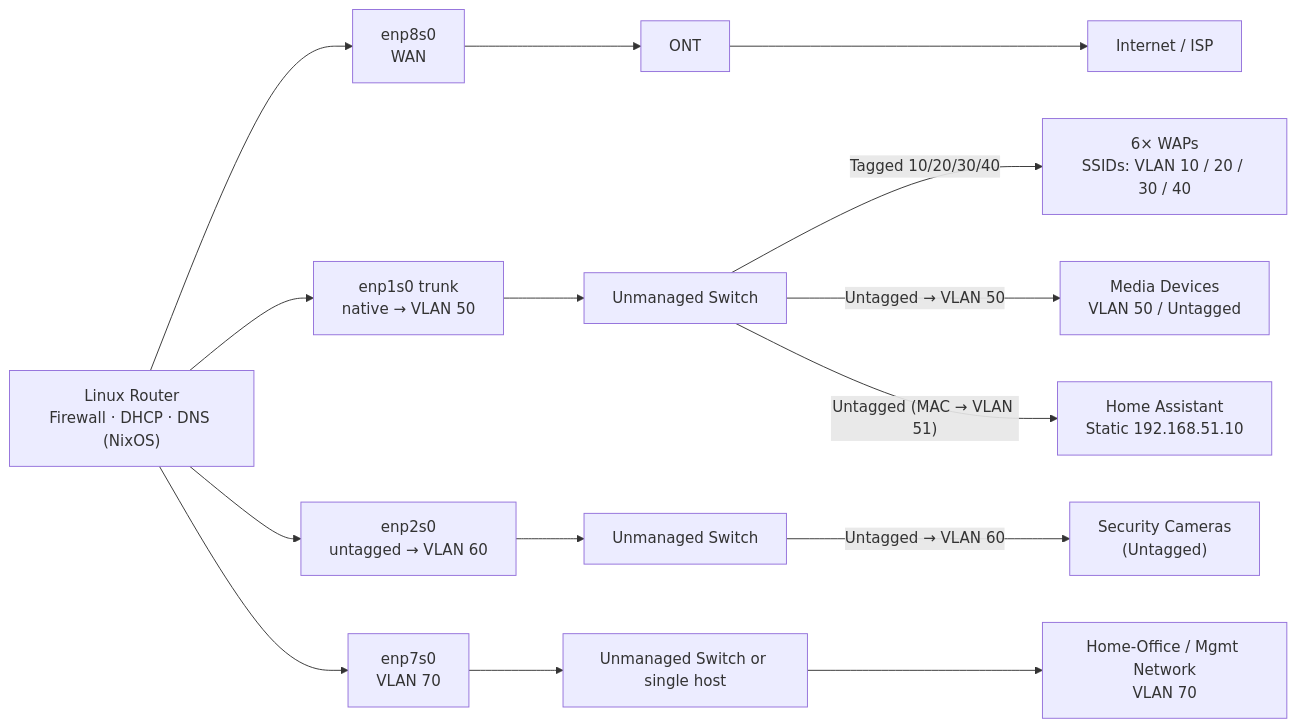
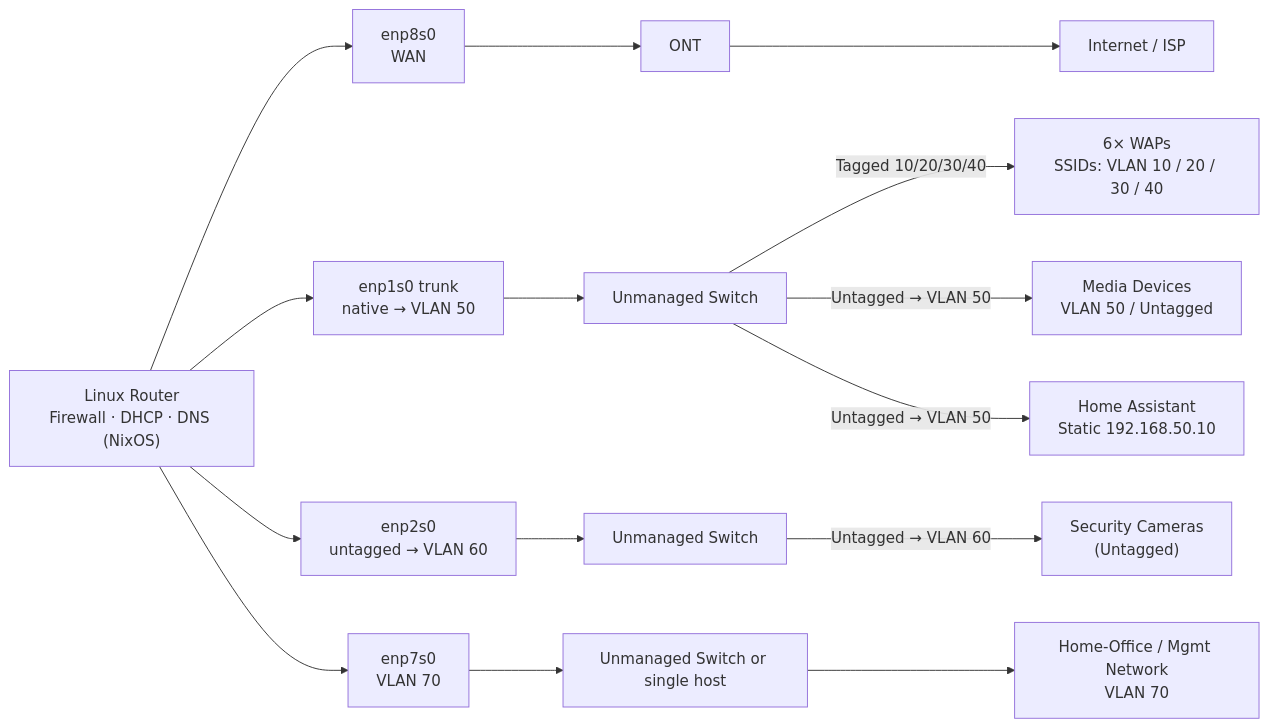
Before and after one commit to GEMISIS/home-network-setup: the diagram in README.md, drawn with Mermaid. The commit also changed other lines of this file and 10 other files, not shown here.

Commit message:
Update network to drop Home Assistant VLAN

````diff
--- a/README.md
+++ b/README.md
@@ -21,21 +20,21 @@
 ```mermaid
 flowchart LR
     Router["Linux Router</br>Firewall · DHCP · DNS (NixOS)"]
     Router --> enp8s0["enp8s0</br>WAN"]
     enp8s0 --> ONT["ONT"]
     ONT --> ISP["Internet / ISP"]
 
     Router --> enp1s0["enp1s0 trunk</br>native → VLAN 50"]
     enp1s0 --> SW1["Unmanaged Switch"]
     SW1 -->|"Tagged 10/20/30/40"| WAPs["6× WAPs</br>SSIDs: VLAN 10 / 20 / 30 / 40"]
     SW1 -->|"Untagged → VLAN 50"| Media["Media Devices</br>VLAN 50 / Untagged"]
-    SW1 -->|"Untagged (MAC → VLAN 51)"| HA["Home Assistant</br>Static 192.168.51.10"]
+    SW1 -->|"Untagged → VLAN 50"| HA["Home Assistant</br>Static 192.168.50.10"]
 
     Router --> enp2s0["enp2s0</br>untagged → VLAN 60"]
     enp2s0 --> SW2["Unmanaged Switch"]
     SW2 -->|"Untagged → VLAN 60"| Cameras["Security Cameras</br>(Untagged)"]
 
     Router --> enp7s0["enp7s0</br>VLAN 70"]
     enp7s0 --> SW3["Unmanaged Switch or single host"]
     SW3 --> HomeOffice["Home-Office / Mgmt Network</br>VLAN 70"]
 ```
````
